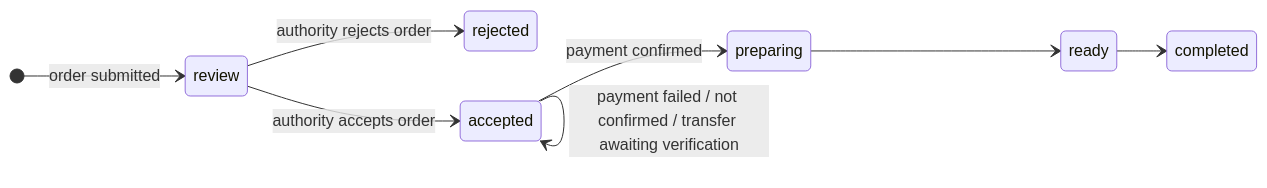
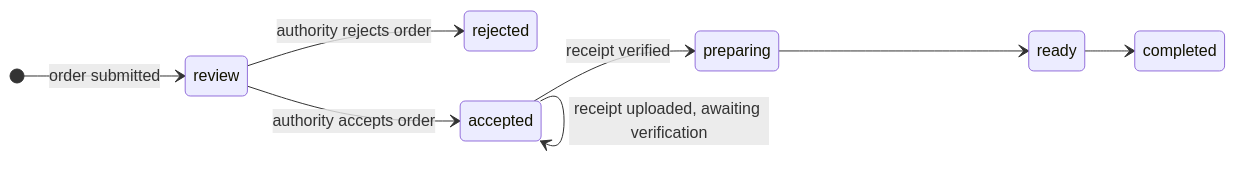
One commit to hagersaeedd363-lgtm/NTG changed the third of 3 diagrams in app/docs/portal-ux.md. Above: the diagram before and after it, drawn with Mermaid. The commit also changed other lines of this file and 16 other files, not shown here.

````diff
--- a/app/docs/portal-ux.md
+++ b/app/docs/portal-ux.md
@@ -60,11 +61,11 @@
 ```mermaid
 stateDiagram-v2
   direction LR
   [*] --> review: order submitted
   review --> rejected: authority rejects order
   review --> accepted: authority accepts order
-  accepted --> accepted: payment failed / not confirmed / transfer awaiting verification
-  accepted --> preparing: payment confirmed
+  accepted --> accepted: receipt uploaded, awaiting verification
+  accepted --> preparing: receipt verified
   preparing --> ready
   ready --> completed
 ```
````
